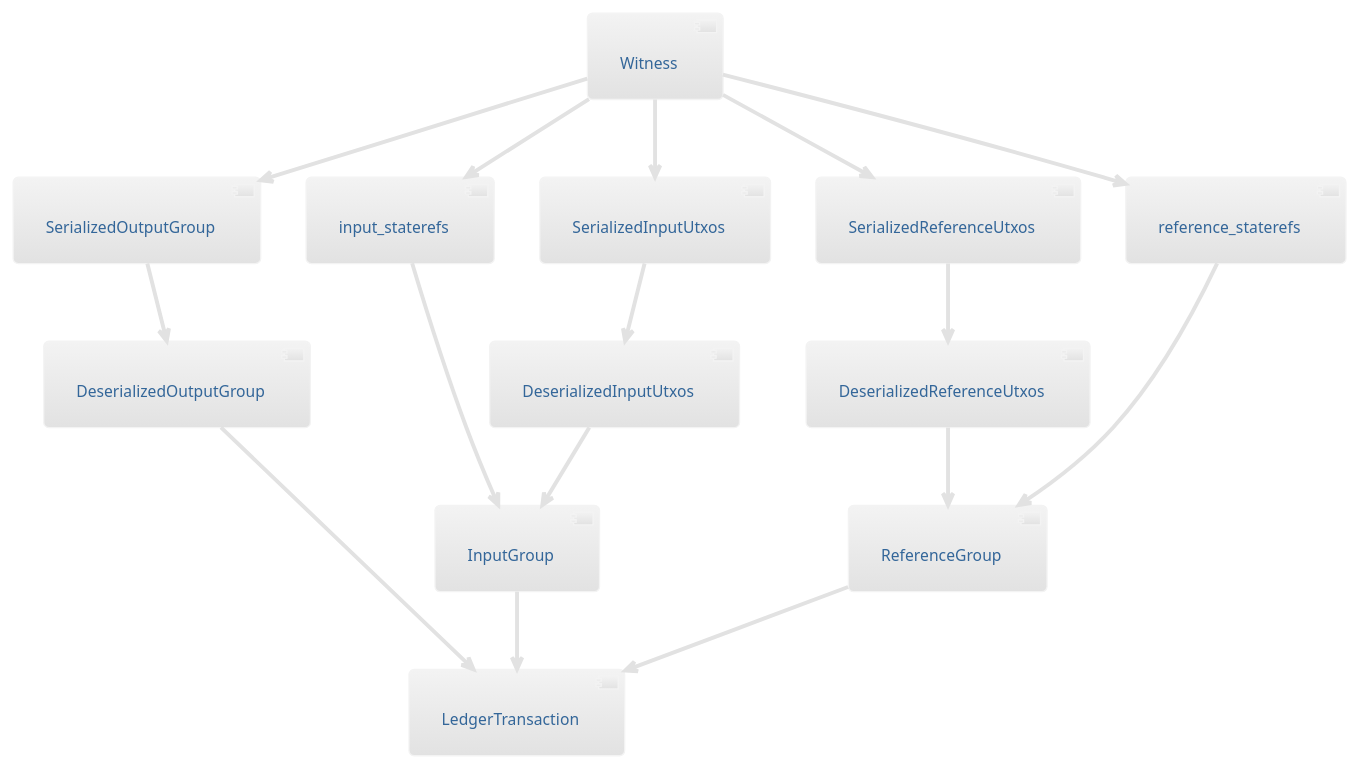
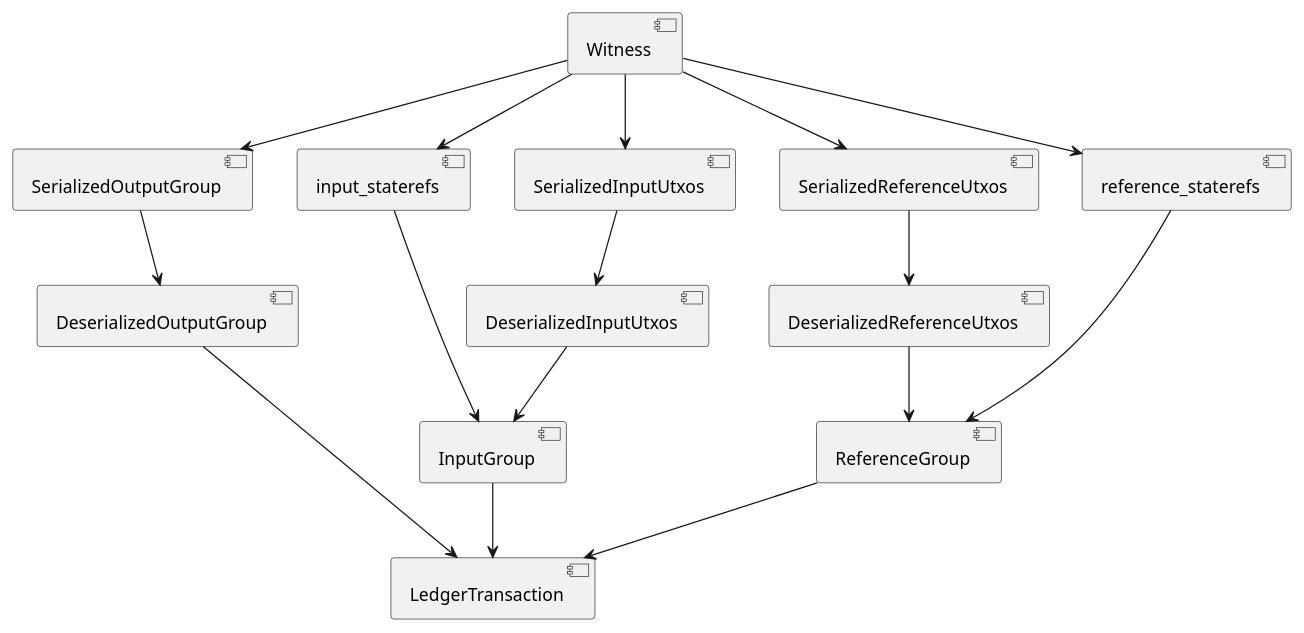
The diagram in docs/witness-to-ledger-transaction.puml (ing-bank/zkflow), drawn with PlantUML before and after one commit. The commit also changed 1 other file, not shown here.

Commit message:
Fix rendered plantuml svg

```diff
--- a/docs/witness-to-ledger-transaction.puml
+++ b/docs/witness-to-ledger-transaction.puml
@@ -1,35 +1,35 @@
 @startuml
-!theme lightgray
+' !theme lightgray
 
 component Witness
 component SerializedOutputGroup
 component input_staterefs
 component reference_staterefs
 component SerializedInputUtxos
 component SerializedReferenceUtxos
 component DeserializedOutputGroup
 component DeserializedInputUtxos
 component DeserializedReferenceUtxos
 component InputGroup
 component ReferenceGroup
 ' component OutputGroup
 component LedgerTransaction
 
 Witness --> input_staterefs
 Witness --> reference_staterefs
 Witness --> SerializedInputUtxos
 Witness --> SerializedOutputGroup
 Witness --> SerializedReferenceUtxos
 SerializedInputUtxos --> DeserializedInputUtxos
 SerializedOutputGroup --> DeserializedOutputGroup
 SerializedReferenceUtxos --> DeserializedReferenceUtxos
 input_staterefs ---> InputGroup
 DeserializedInputUtxos --> InputGroup
 reference_staterefs ---> ReferenceGroup
 DeserializedReferenceUtxos --> ReferenceGroup
 ' DeserializedOutputGroup --> OutputGroup
 InputGroup --> LedgerTransaction
 ' OutputGroup --> LedgerTransaction
 DeserializedOutputGroup ---> LedgerTransaction
 ReferenceGroup --> LedgerTransaction
 @enduml
```
